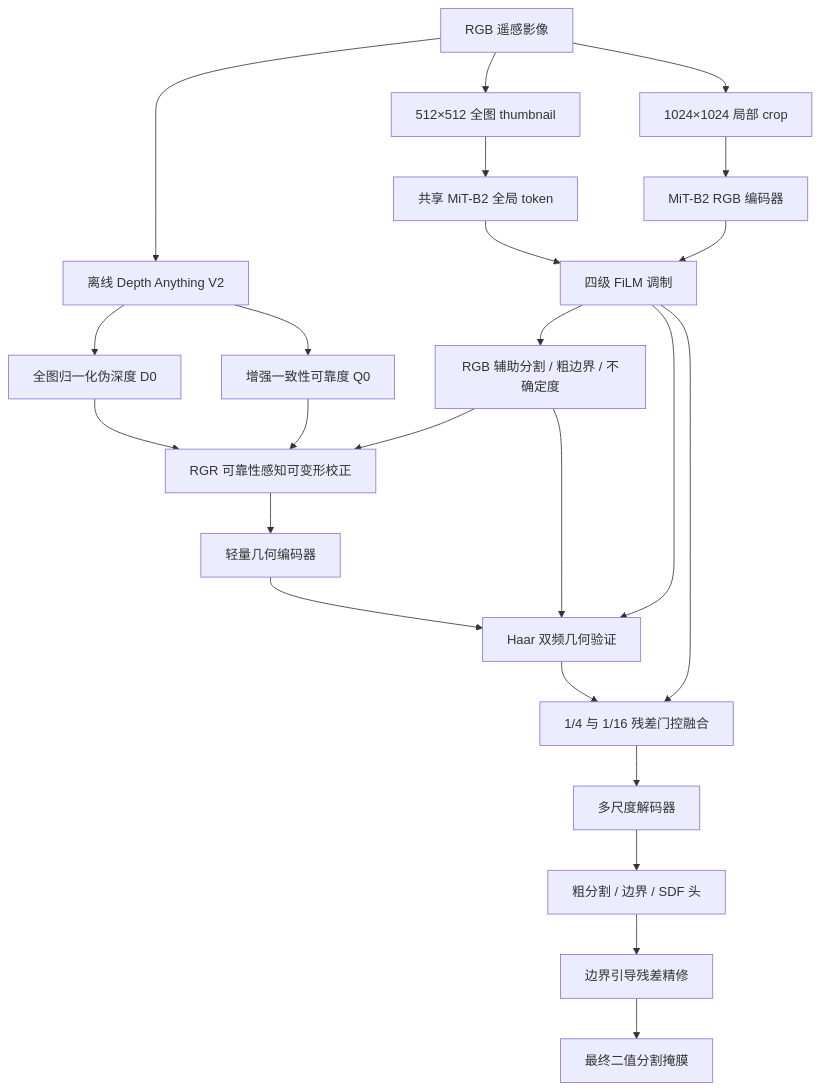
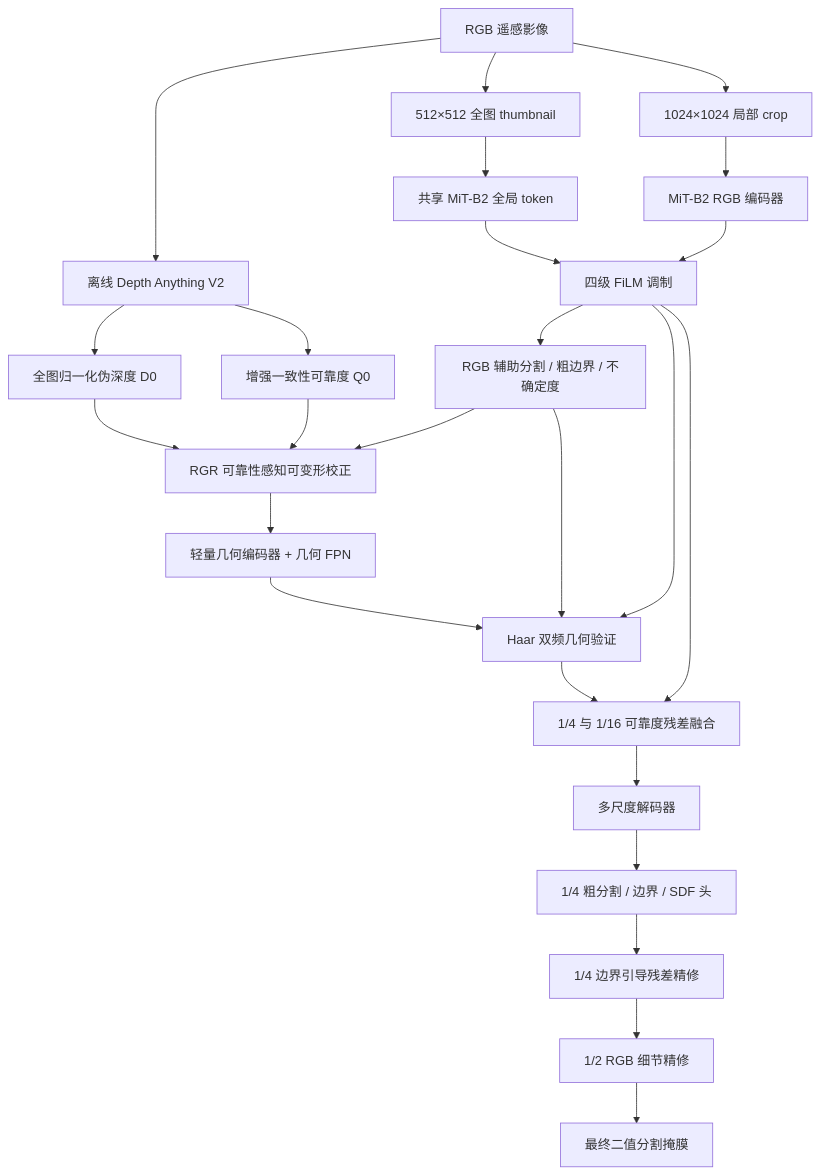
Before and after one commit to Long-Holiday/wwtp: the diagram in docs/model_design.md, drawn with Mermaid. The commit also changed other lines of this file and 41 other files, not shown here.

````diff
--- a/docs/model_design.md
+++ b/docs/model_design.md
@@ -26,26 +26,27 @@
 ```mermaid
 flowchart TD
     I["RGB 遥感影像"] --> DA["离线 Depth Anything V2"]
     DA --> D0["全图归一化伪深度 D0"]
     DA --> Q0["增强一致性可靠度 Q0"]
     I --> T["512×512 全图 thumbnail"]
     T --> TG["共享 MiT-B2 全局 token"]
     I --> C["1024×1024 局部 crop"]
     C --> R["MiT-B2 RGB 编码器"]
     TG --> FILM["四级 FiLM 调制"]
     R --> FILM
     FILM --> RA["RGB 辅助分割 / 粗边界 / 不确定度"]
     D0 --> RGR["RGR 可靠性感知可变形校正"]
     Q0 --> RGR
     RA --> RGR
-    RGR --> GE["轻量几何编码器"]
+    RGR --> GE["轻量几何编码器 + 几何 FPN"]
     FILM --> DFGV["Haar 双频几何验证"]
     GE --> DFGV
     RA --> DFGV
-    DFGV --> UGRF["1/4 与 1/16 残差门控融合"]
-    FILM --> UGRF
-    UGRF --> DEC["多尺度解码器"]
-    DEC --> AUX["粗分割 / 边界 / SDF 头"]
-    AUX --> REFINE["边界引导残差精修"]
-    REFINE --> OUT["最终二值分割掩膜"]
+    DFGV --> RWRF["1/4 与 1/16 可靠度残差融合"]
+    FILM --> RWRF
+    RWRF --> DEC["多尺度解码器"]
+    DEC --> AUX["1/4 粗分割 / 边界 / SDF 头"]
+    AUX --> REFINE["1/4 边界引导残差精修"]
+    REFINE --> DETAIL["1/2 RGB 细节精修"]
+    DETAIL --> OUT["最终二值分割掩膜"]
 ```
````
